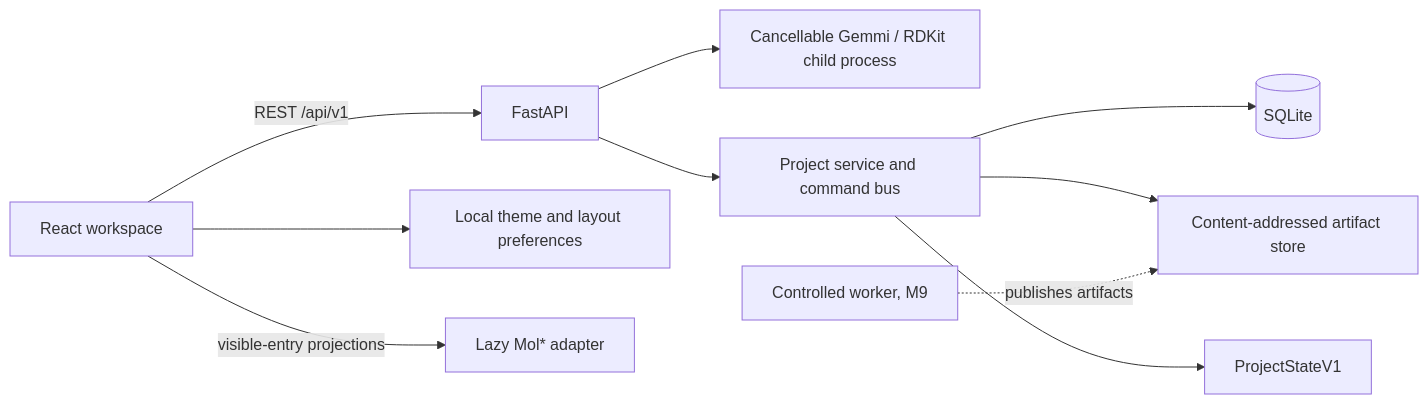
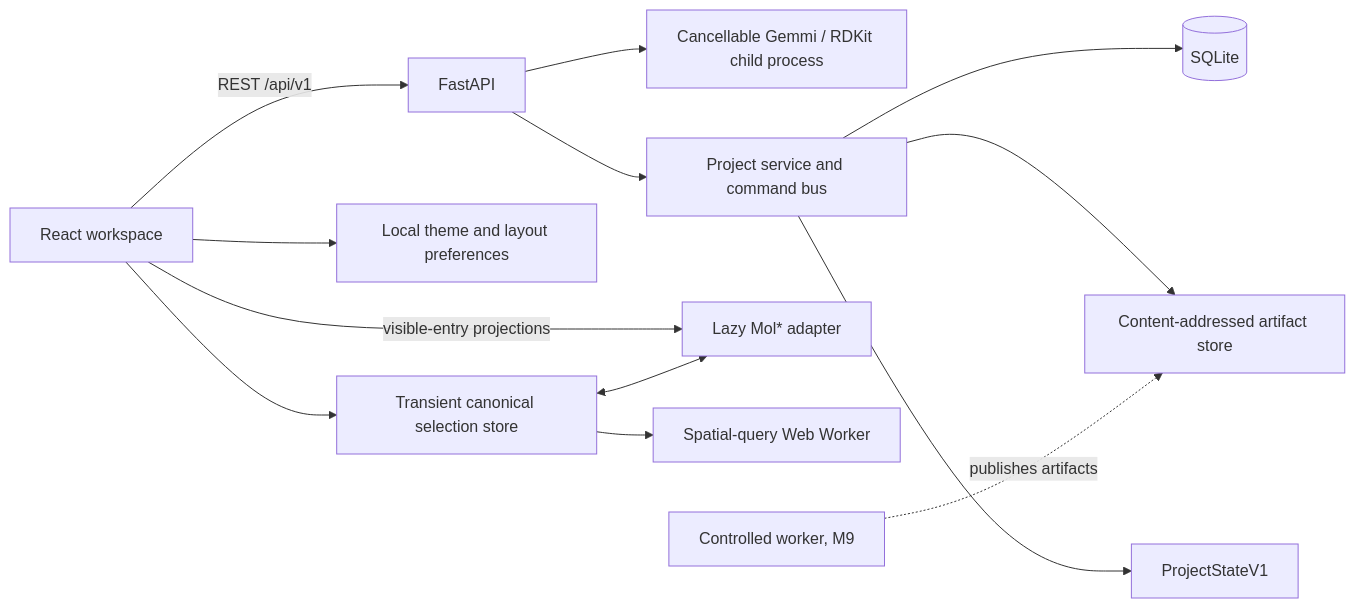
One commit to ManuelSe/Neistra changed the diagram in README.md. Above: the diagram before and after it, drawn with Mermaid. The commit also changed other lines of this file and 5 other files, not shown here.

````diff
--- a/README.md
+++ b/README.md
@@ -47,12 +47,15 @@
 ```mermaid
 flowchart LR
     UI[React workspace] -->|REST /api/v1| API[FastAPI]
     UI --> PREFS[Local theme and layout preferences]
     API --> PARSE[Cancellable Gemmi / RDKit child process]
     API --> PS[Project service and command bus]
     PS --> DB[(SQLite)]
     PS --> ART[Content-addressed artifact store]
     PS --> STATE[ProjectStateV1]
     UI -->|visible-entry projections| VIEWER[Lazy Mol* adapter]
+    UI --> SELECT[Transient canonical selection store]
+    SELECT <--> VIEWER
+    SELECT --> WORKER[Spatial-query Web Worker]
     JOBS[Controlled worker, M9] -. publishes artifacts .-> ART
 ```
````
